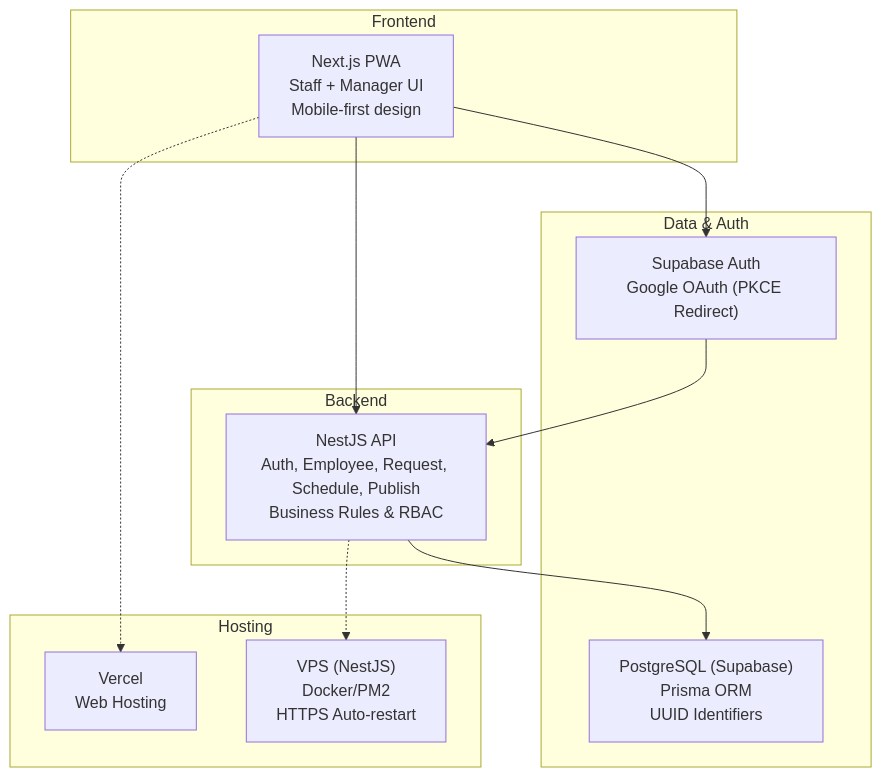
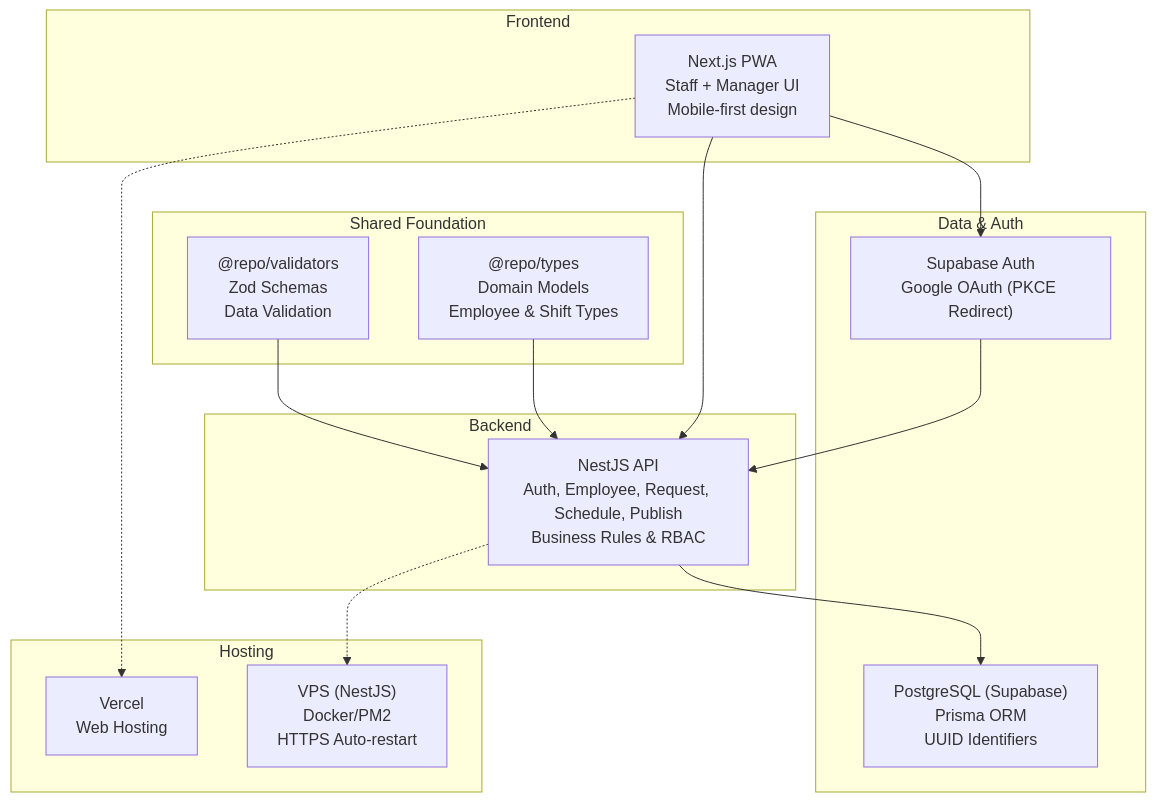
Before and after one commit to epo33m/scheduling: the second of 12 diagrams in .qoder/repowiki/en/content/Product Requirements Document/Product Requirements Document.md, drawn with Mermaid. The commit also changed other lines of this file and 50 other files, not shown here.

````diff
--- a/.qoder/repowiki/en/content/Product Requirements Document/Product Requirements Document.md
+++ b/.qoder/repowiki/en/content/Product Requirements Document/Product Requirements Document.md
@@ -86,23 +106,29 @@
 ```mermaid
 graph TB
 subgraph "Frontend"
 Web["Next.js PWA<br/>Staff + Manager UI<br/>Mobile-first design"]
 end
 subgraph "Backend"
 API["NestJS API<br/>Auth, Employee, Request, Schedule, Publish<br/>Business Rules & RBAC"]
 end
 subgraph "Data & Auth"
 DB["PostgreSQL (Supabase)<br/>Prisma ORM<br/>UUID Identifiers"]
 Auth["Supabase Auth<br/>Google OAuth (PKCE Redirect)"]
 end
+subgraph "Shared Foundation"
+Types["@repo/types<br/>Domain Models<br/>Employee & Shift Types"]
+Validators["@repo/validators<br/>Zod Schemas<br/>Data Validation"]
+end
 subgraph "Hosting"
 Vercel["Vercel<br/>Web Hosting"]
 VPS["VPS (NestJS)<br/>Docker/PM2<br/>HTTPS Auto-restart"]
 end
 Web --> API
 API --> DB
 Web --> Auth
 Auth --> API
 Web -.-> Vercel
 API -.-> VPS
+Types --> API
+Validators --> API
 ```
````
